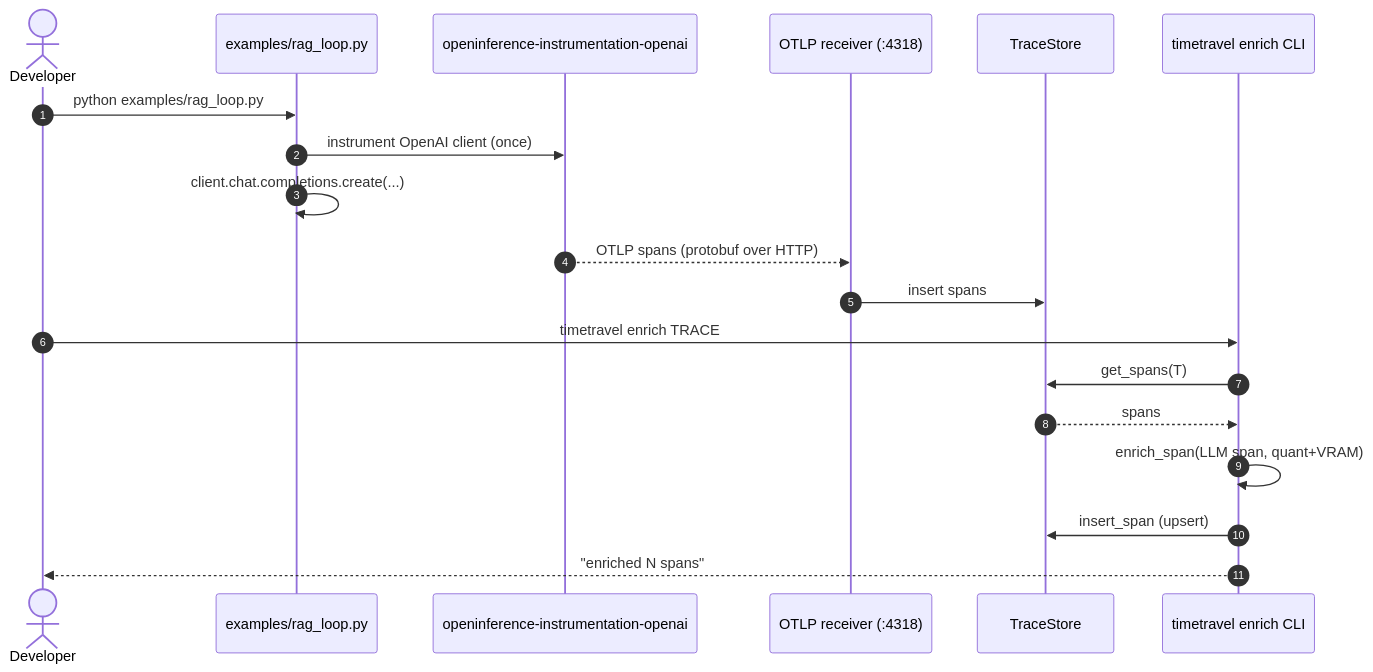
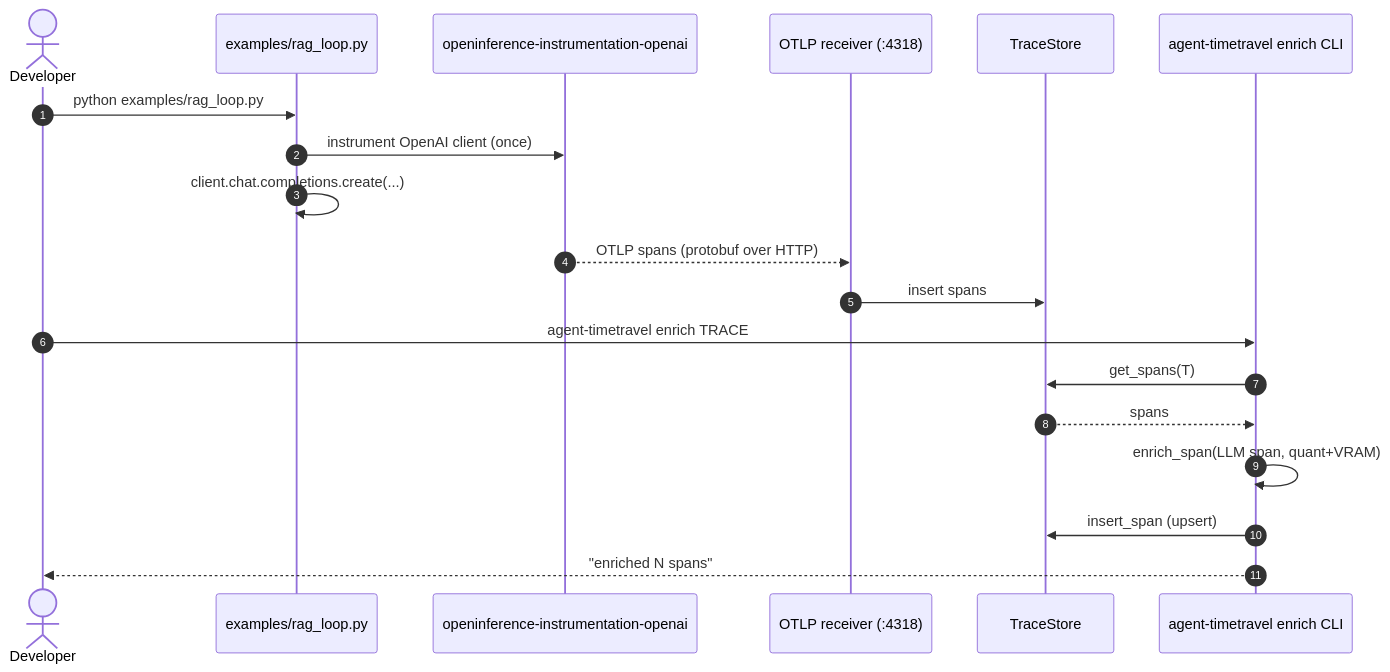
One commit to akshay-mp/Rewind changed the fourth of 4 diagrams in docs/phases/phase-8.md. Above: the diagram before and after it, drawn with Mermaid. The commit also changed other lines of this file and 113 other files, not shown here.

Commit message:
Prepare agent-timetravel 0.2.0 release

````diff
--- a/docs/phases/phase-8.md
+++ b/docs/phases/phase-8.md
@@ -215,21 +215,21 @@
 ```mermaid
 sequenceDiagram
     autonumber
     actor U as Developer
     participant Demo as examples/rag_loop.py
     participant OI as openinference-instrumentation-openai
     participant Recv as OTLP receiver (:4318)
     participant Store as TraceStore
-    participant Enrich as timetravel enrich CLI
+    participant Enrich as agent-timetravel enrich CLI
     U->>Demo: python examples/rag_loop.py
     Demo->>OI: instrument OpenAI client (once)
     Demo->>Demo: client.chat.completions.create(...)
     OI-->>Recv: OTLP spans (protobuf over HTTP)
     Recv->>Store: insert spans
-    U->>Enrich: timetravel enrich TRACE
+    U->>Enrich: agent-timetravel enrich TRACE
     Enrich->>Store: get_spans(T)
     Store-->>Enrich: spans
     Enrich->>Enrich: enrich_span(LLM span, quant+VRAM)
     Enrich->>Store: insert_span (upsert)
     Enrich-->>U: "enriched N spans"
 ```
````
